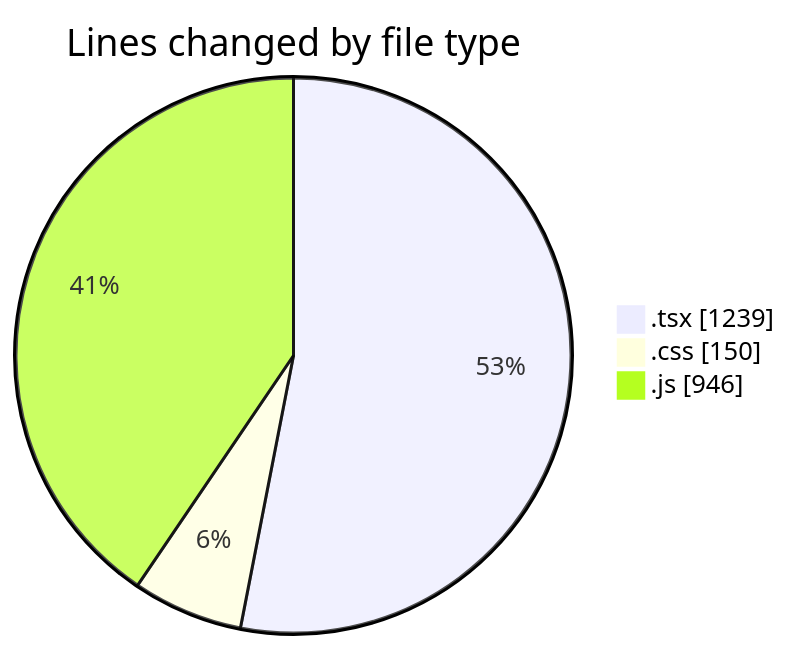
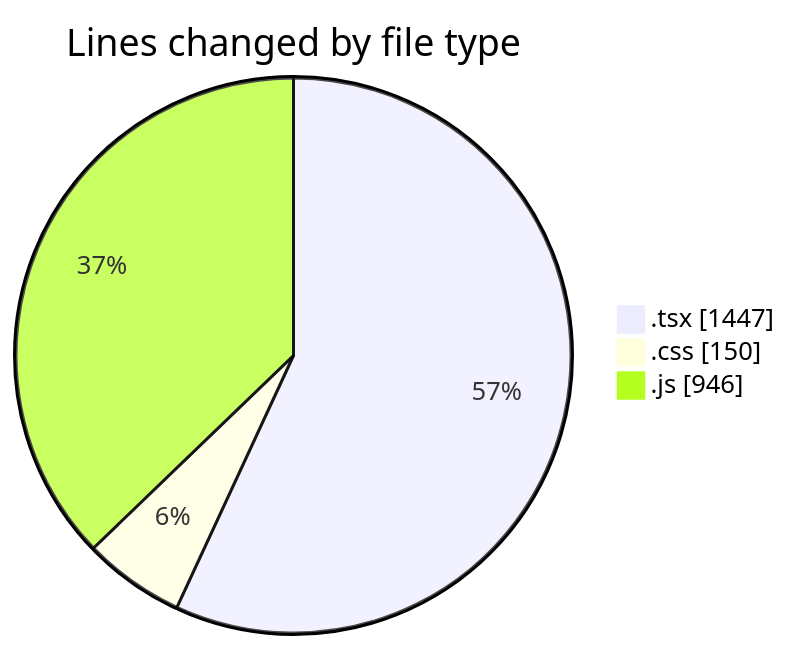
The first of 2 diagrams in 2025-04-22/indesign/README.md (Elitesun/code-tracking), drawn with Mermaid before and after one commit. The commit also changed other lines of this file and 1 other file, not shown here.

````diff
--- a/2025-04-22/indesign/README.md
+++ b/2025-04-22/indesign/README.md
@@ -33,7 +34,7 @@
 ```mermaid
 pie showData
 title Lines changed by file type
-".tsx" : 1239
+".tsx" : 1447
 ".css" : 150
 ".js" : 946
 ```
````
